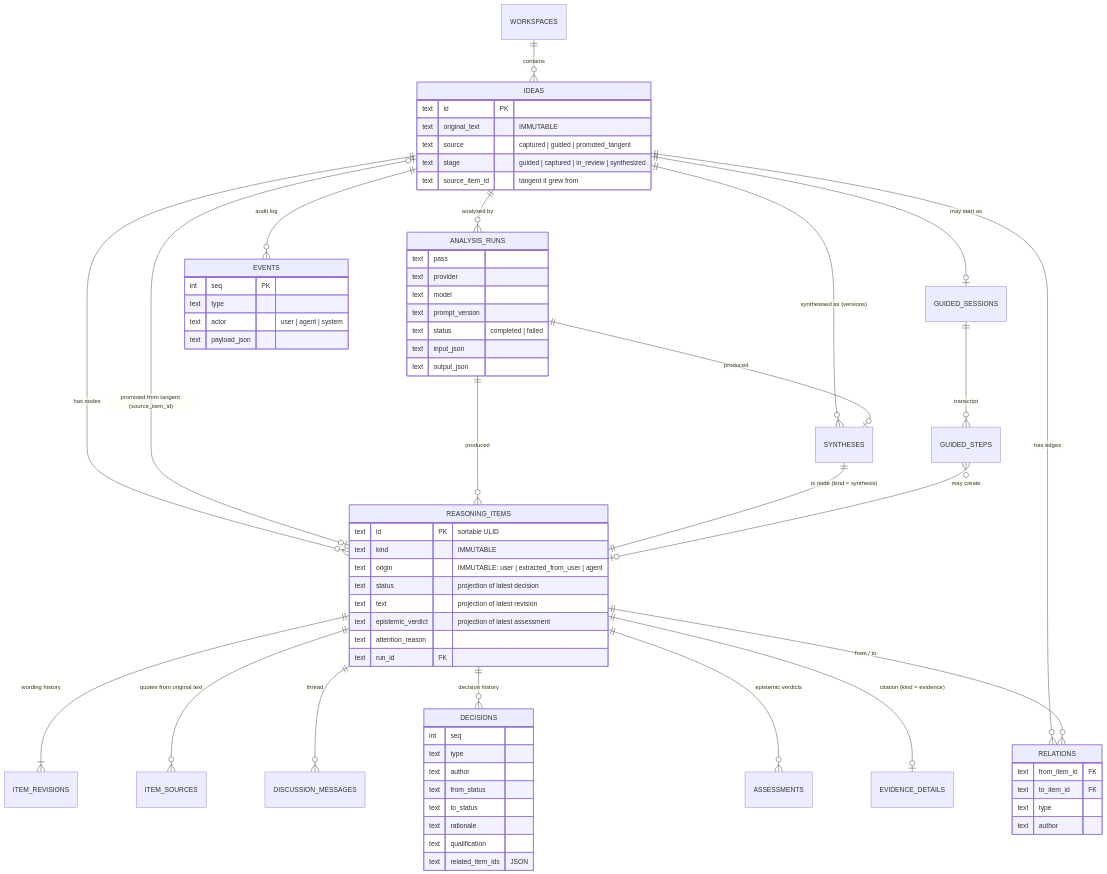
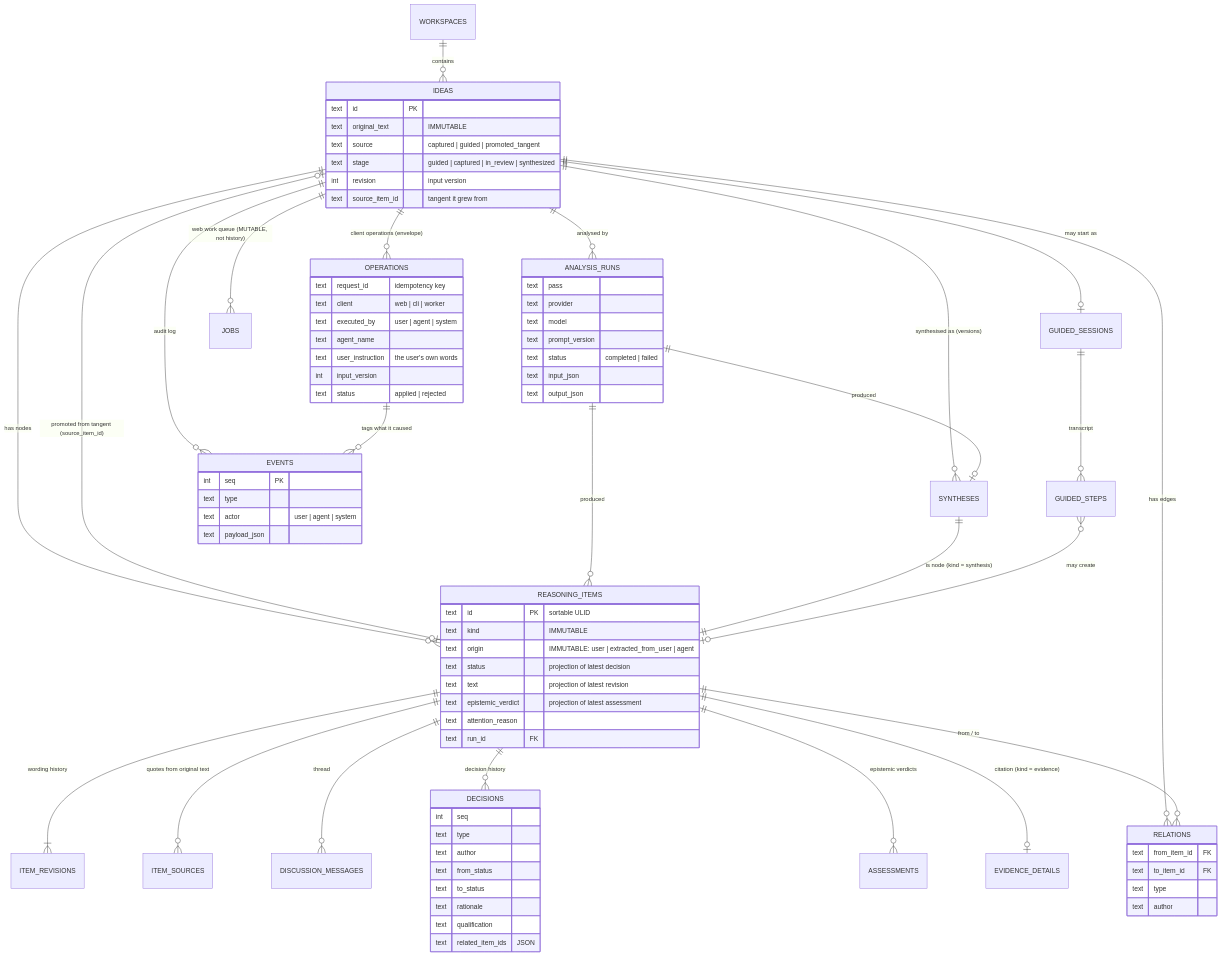
The diagram in docs/domain-model.md (travis-moore/idea-synth), drawn with Mermaid before and after one commit. The commit also changed other lines of this file and 20 other files, not shown here.

```diff
--- a/docs/domain-model.md
+++ b/docs/domain-model.md
@@ -28,12 +28,16 @@
   GUIDED_SESSIONS ||--o{ GUIDED_STEPS : transcript
   GUIDED_STEPS }o--o| REASONING_ITEMS : "may create"
   IDEAS ||--o{ EVENTS : "audit log"
+  IDEAS ||--o{ OPERATIONS : "client operations (envelope)"
+  OPERATIONS ||--o{ EVENTS : "tags what it caused"
+  IDEAS ||--o{ JOBS : "web work queue (MUTABLE, not history)"
 
   IDEAS {
     text id PK
     text original_text "IMMUTABLE"
     text source "captured | guided | promoted_tangent"
     text stage "guided | captured | in_review | synthesized"
+    int revision "input version"
     text source_item_id "tangent it grew from"
   }
   REASONING_ITEMS {
@@ -71,6 +75,15 @@
     text input_json
     text output_json
   }
+  OPERATIONS {
+    text request_id "idempotency key"
+    text client "web | cli | worker"
+    text executed_by "user | agent | system"
+    text agent_name
+    text user_instruction "the user's own words"
+    int input_version
+    text status "applied | rejected"
+  }
   EVENTS {
     int seq PK
     text type
```
